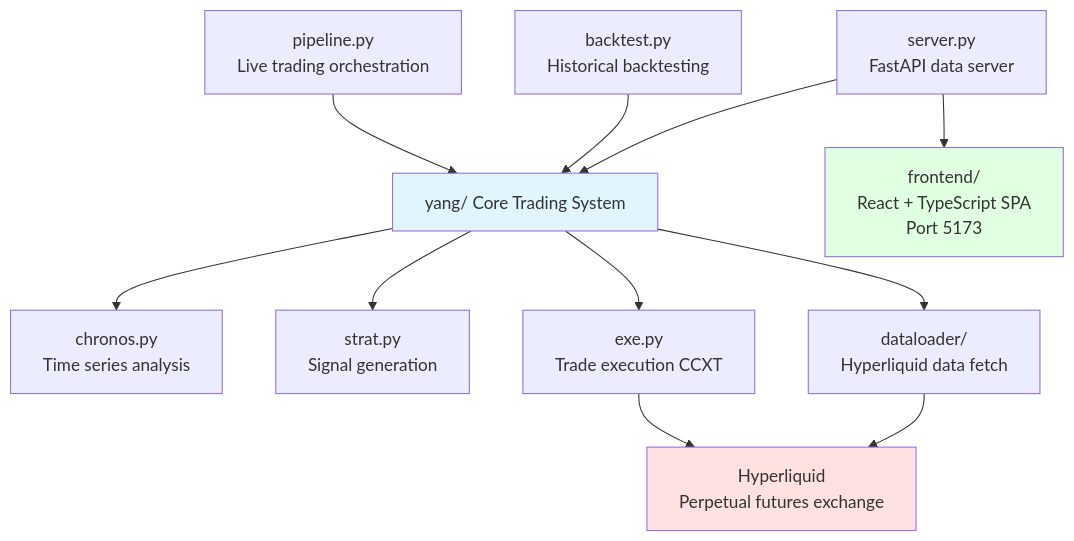
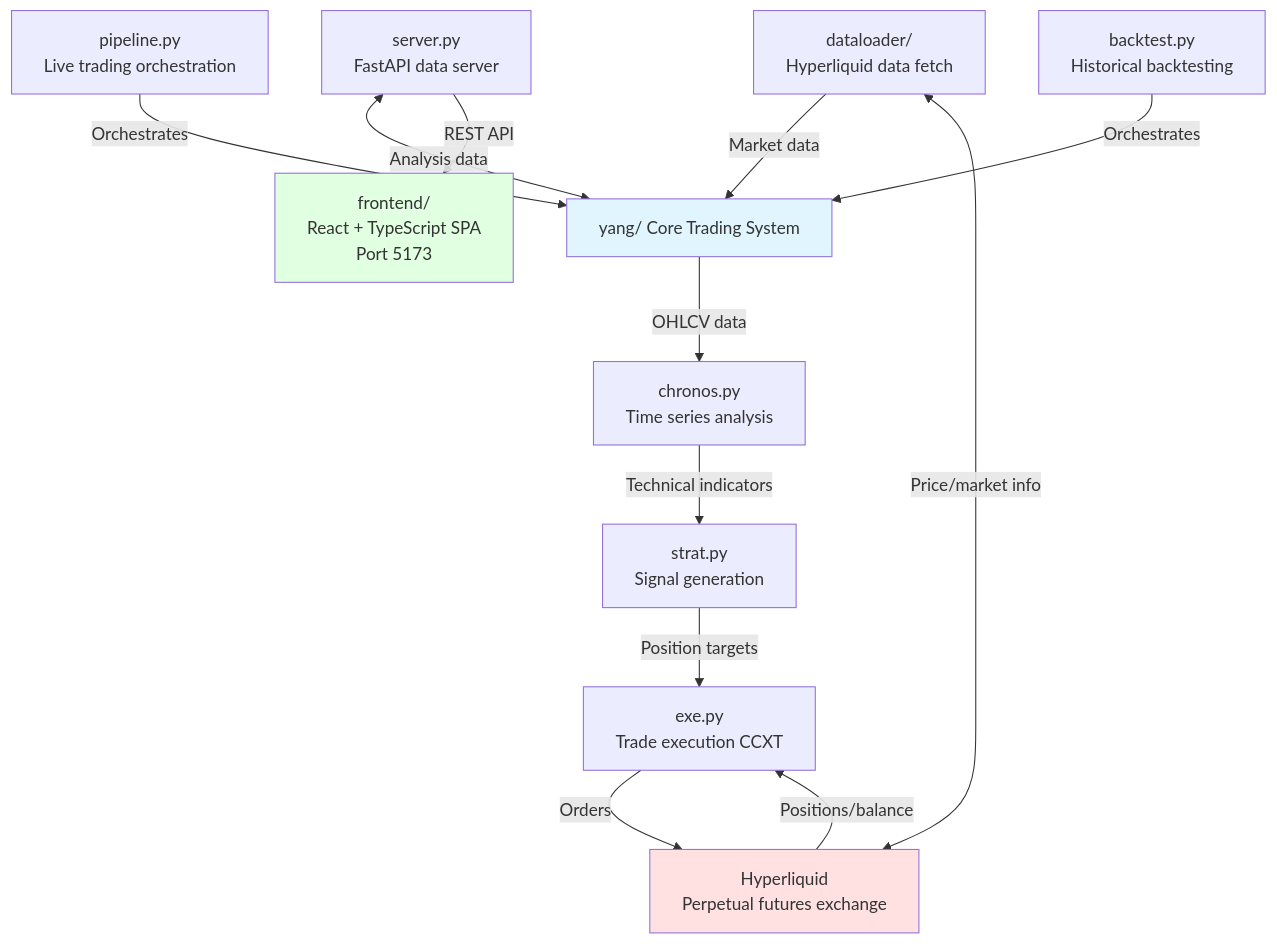
Before and after one commit to dataclique/moneymentum: the diagram in README.md, drawn with Mermaid. The commit also changed 3 other files, not shown here.

First line of the commit message:
docs: improve architecture diagram and condense docstrings

````diff
--- a/README.md
+++ b/README.md
@@ -32,20 +32,21 @@
 ```mermaid
 graph TD
-    A[pipeline.py<br/>Live trading orchestration] --> B[yang/ Core Trading System]
-    C[backtest.py<br/>Historical backtesting] --> B
-    D[server.py<br/>FastAPI data server] --> B
+    A[pipeline.py<br/>Live trading orchestration] -->|Orchestrates| B[yang/ Core Trading System]
+    C[backtest.py<br/>Historical backtesting] -->|Orchestrates| B
+    D[server.py<br/>FastAPI data server] <-->|Analysis data| B
 
-    B --> E[chronos.py<br/>Time series analysis]
-    B --> F[strat.py<br/>Signal generation]
-    B --> G[exe.py<br/>Trade execution CCXT]
-    B --> H[dataloader/<br/>Hyperliquid data fetch]
+    B -->|OHLCV data| E[chronos.py<br/>Time series analysis]
+    E -->|Technical indicators| F[strat.py<br/>Signal generation]
+    F -->|Position targets| G[exe.py<br/>Trade execution CCXT]
 
-    G --> I[Hyperliquid<br/>Perpetual futures exchange]
-    H --> I
+    H[dataloader/<br/>Hyperliquid data fetch] -->|Market data| B
+    H <-->|Price/market info| I[Hyperliquid<br/>Perpetual futures exchange]
+    G -->|Orders| I
+    I -->|Positions/balance| G
 
-    D --> J[frontend/<br/>React + TypeScript SPA<br/>Port 5173]
+    D -->|REST API| J[frontend/<br/>React + TypeScript SPA<br/>Port 5173]
 
     style B fill:#e1f5ff
     style I fill:#ffe1e1
     style J fill:#e1ffe1
 ```
````
